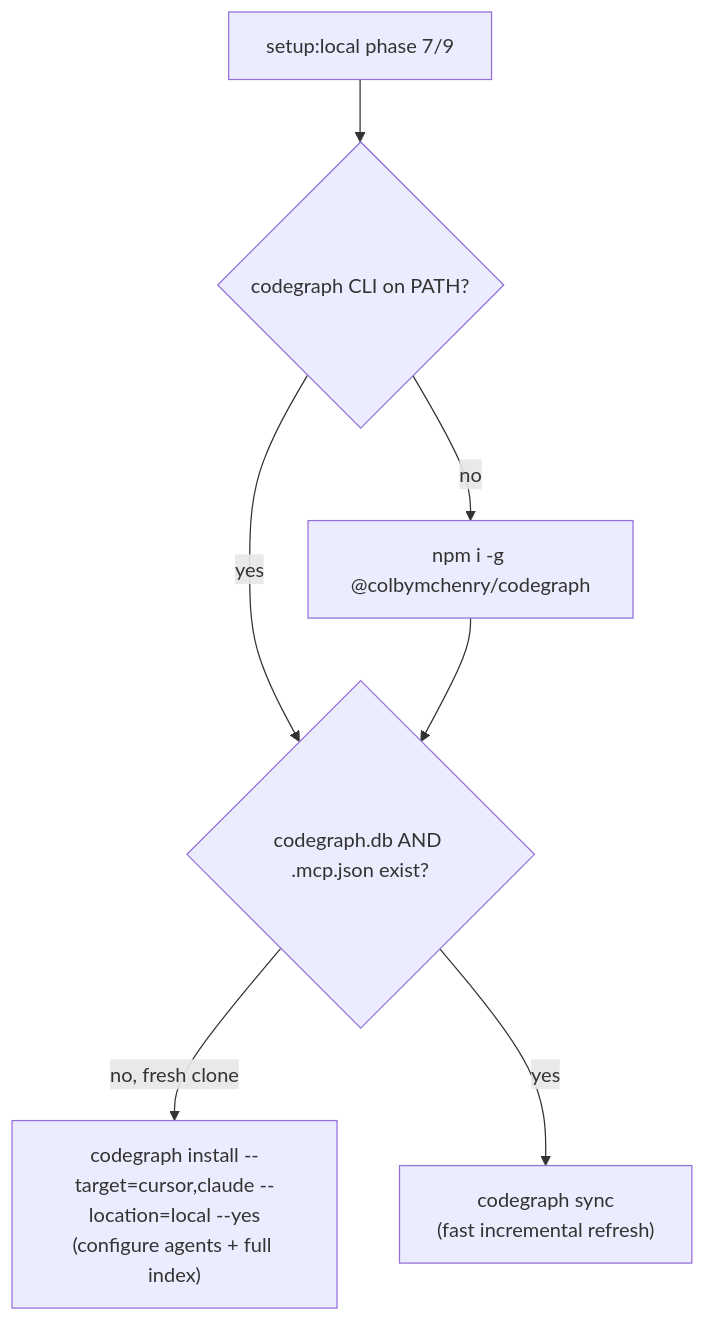
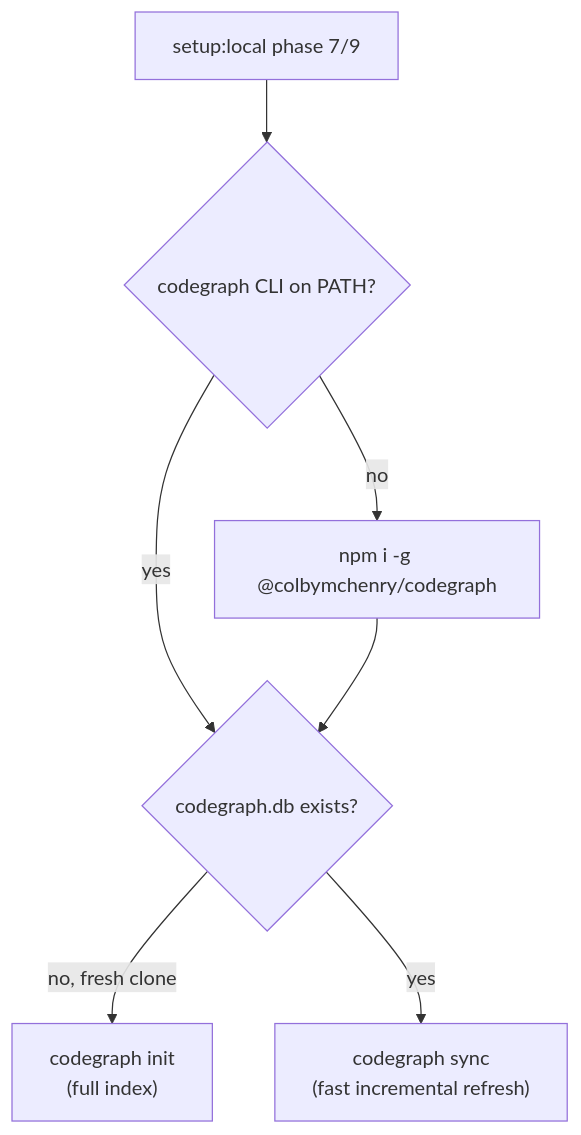
Before and after one commit to albetrios/clinozy-be: the diagram in docs/integrations/codegraph.md, drawn with Mermaid. The commit also changed other lines of this file and 4 other files, not shown here.

First line of the commit message:
fix(setup): build the CodeGraph index with init, not install

````diff
--- a/docs/integrations/codegraph.md
+++ b/docs/integrations/codegraph.md
@@ -34,9 +37,9 @@
 ```mermaid
 flowchart TD
   A[setup:local phase 7/9] --> B{codegraph CLI on PATH?}
   B -- no --> C[npm i -g @colbymchenry/codegraph]
-  B -- yes --> D{codegraph.db AND .mcp.json exist?}
+  B -- yes --> D{codegraph.db exists?}
   C --> D
-  D -- no, fresh clone --> E["codegraph install --target=cursor,claude --location=local --yes<br/>(configure agents + full index)"]
+  D -- no, fresh clone --> E["codegraph init<br/>(full index)"]
   D -- yes --> F["codegraph sync<br/>(fast incremental refresh)"]
 ```
````
